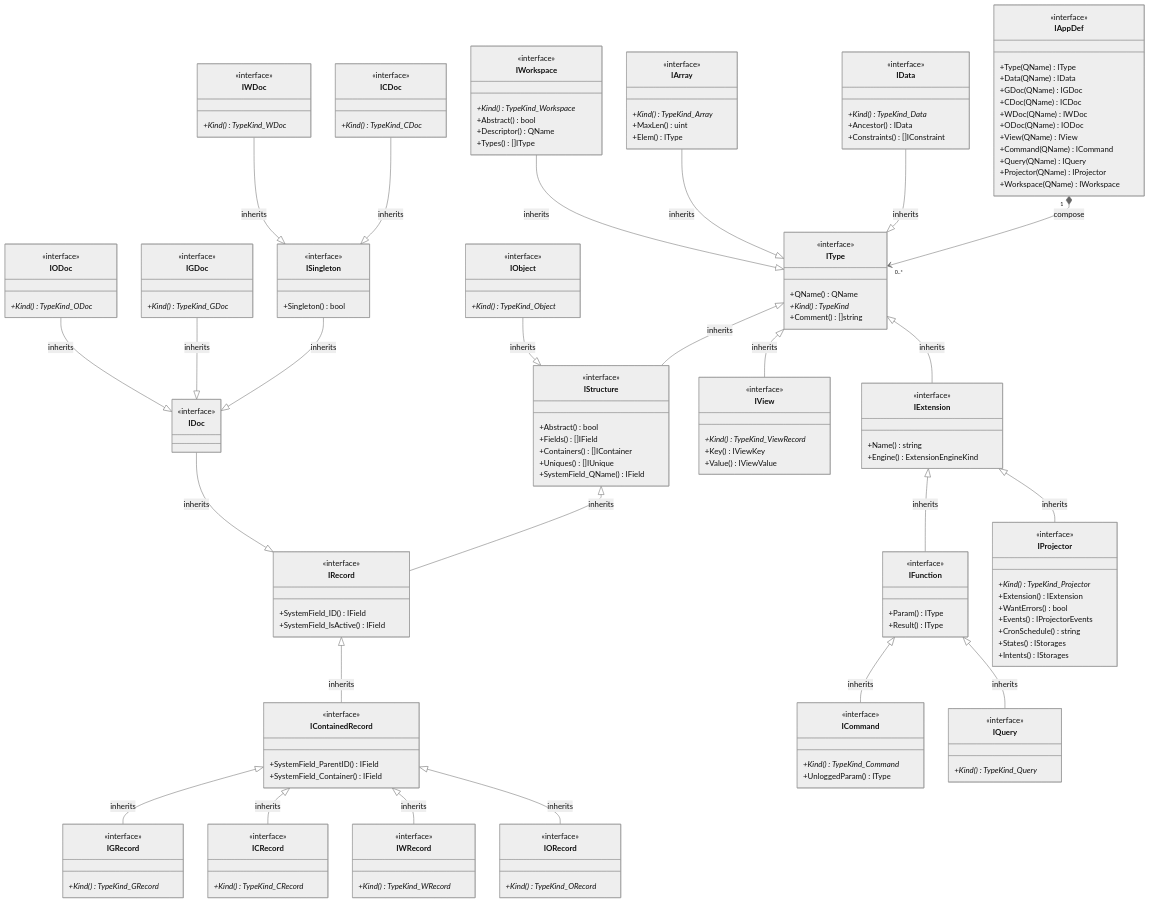
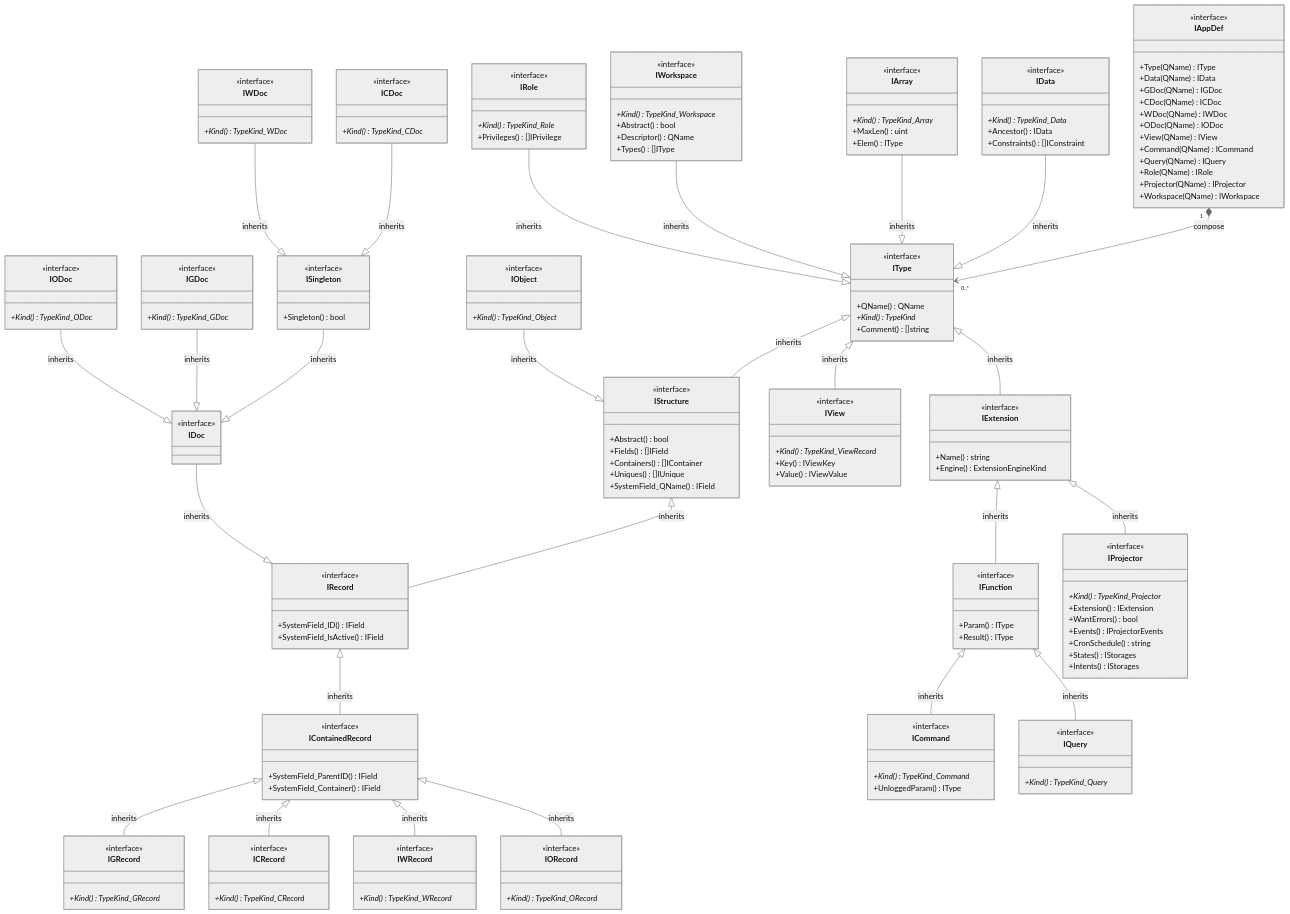
One commit to voedger/voedger changed the first of 8 diagrams in pkg/appdef/README.md. Above: the diagram before and after it, drawn with Mermaid (neutral theme). The commit also changed other lines of this file, not shown here.

````diff
--- a/pkg/appdef/README.md
+++ b/pkg/appdef/README.md
@@ -19,6 +19,7 @@
         +View(QName) IView
         +Command(QName) ICommand
         +Query(QName) IQuery
+        +Role(QName) IRole
         +Projector(QName) IProjector
         +Workspace(QName) IWorkspace
     }
@@ -191,4 +192,11 @@
         +Descriptor() QName
         +Types() []IType
     }
+
+    IRole --|> IType : inherits
+    class IRole {
+        <<interface>>
+        +Kind()* TypeKind_Role
+        +Privileges() []IPrivilege
+    }
 ```
````
